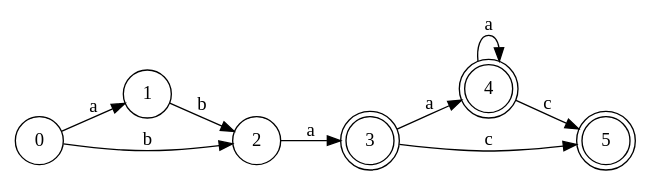
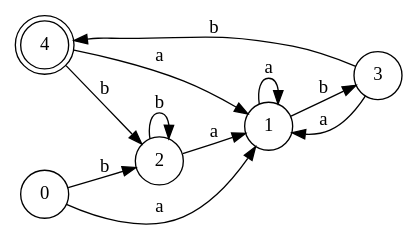
Before and after one commit to paulbelches/scannerAndParserGenerator: the diagram in afd.gv, drawn with Graphviz. The commit also changed 14 other files, not shown here.

```diff
--- a/afd.gv
+++ b/afd.gv
@@ -1,27 +1,27 @@
 digraph finite_state_machine {
 	rankdir=LR size="8,5"
 	node [shape=doublecircle]
-	3
-
 	4
-
-	5
 
 	node [shape=circle]
 	0 -> 1 [label=a
 ]
 	0 -> 2 [label=b
 ]
-	1 -> 2 [label=b
+	1 -> 1 [label=a
 ]
-	2 -> 3 [label=a
+	1 -> 3 [label=b
 ]
-	3 -> 4 [label=a
+	2 -> 1 [label=a
 ]
-	3 -> 5 [label=c
+	2 -> 2 [label=b
 ]
-	4 -> 4 [label=a
+	3 -> 1 [label=a
 ]
-	4 -> 5 [label=c
+	3 -> 4 [label=b
+]
+	4 -> 1 [label=a
+]
+	4 -> 2 [label=b
 ]
 }
```
